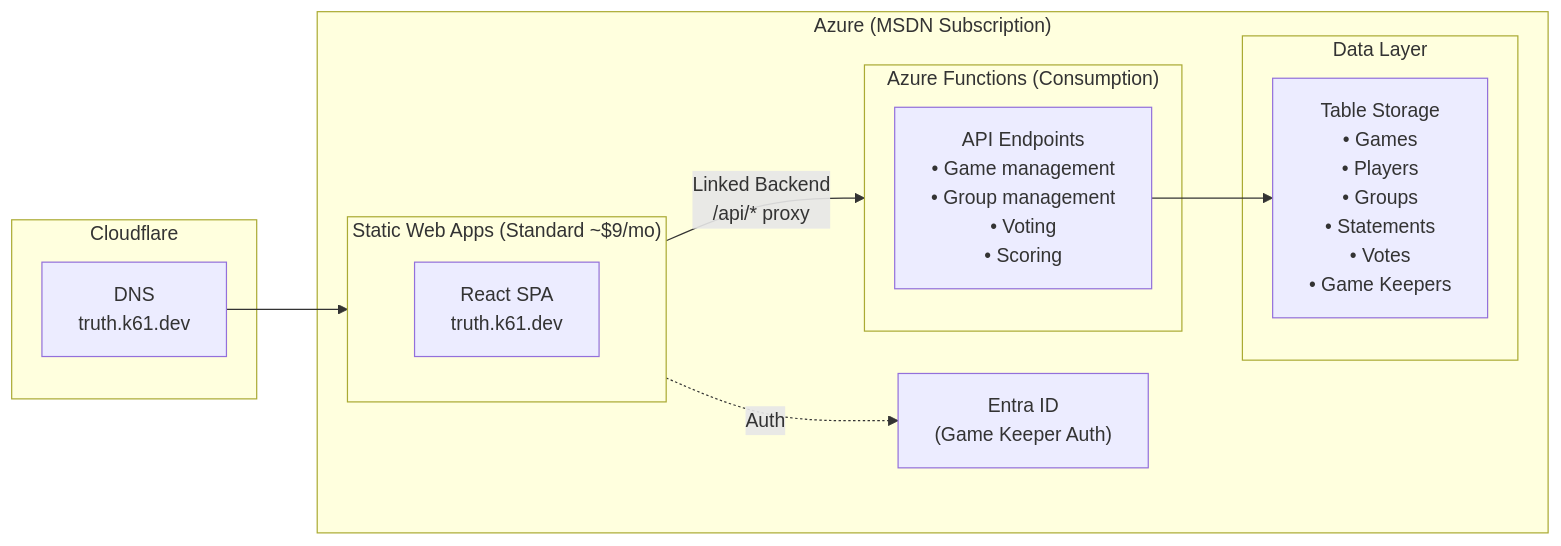
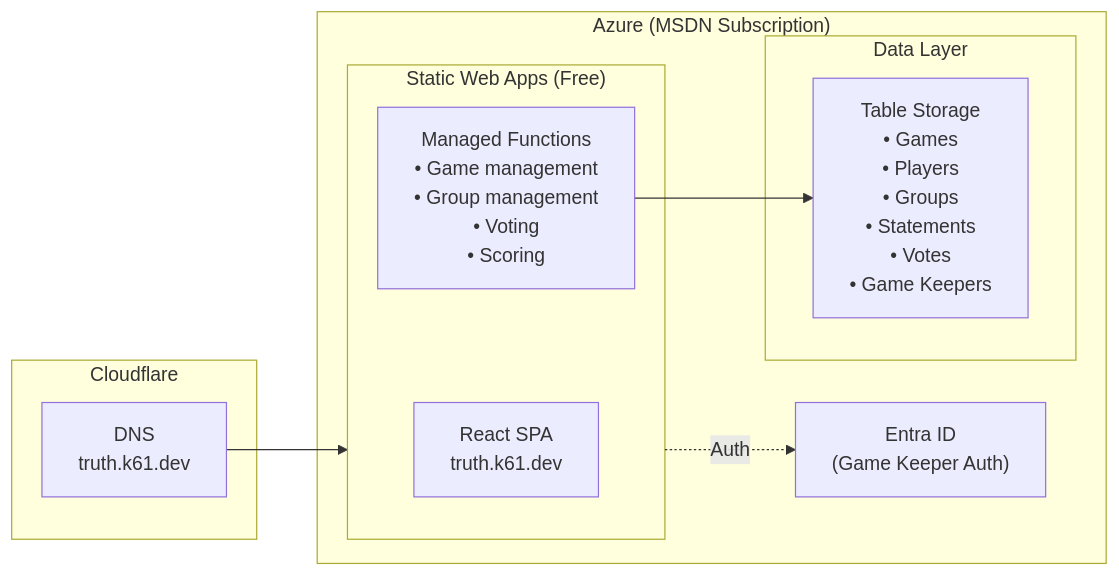
Before and after one commit to kurtzeborn/one-truth: the second of 2 diagrams in docs/plan.md, drawn with Mermaid. The commit also changed other lines of this file and 1 other file, not shown here.

Commit message:
Switch to SWA Free tier with managed functions

````diff
--- a/docs/plan.md
+++ b/docs/plan.md
@@ -107,27 +107,23 @@
 ```mermaid
 flowchart LR
     subgraph Cloudflare
         DNS["DNS<br/>truth.k61.dev"]
     end
 
     subgraph Azure["Azure (MSDN Subscription)"]
-        subgraph SWA["Static Web Apps (Standard ~$9/mo)"]
+        subgraph SWA["Static Web Apps (Free)"]
             PWA["React SPA<br/>truth.k61.dev"]
-        end
-
-        subgraph Functions["Azure Functions (Consumption)"]
-            API["API Endpoints<br/>• Game management<br/>• Group management<br/>• Voting<br/>• Scoring"]
+            API["Managed Functions<br/>• Game management<br/>• Group management<br/>• Voting<br/>• Scoring"]
         end
 
         subgraph Data["Data Layer"]
             Tables["Table Storage<br/>• Games<br/>• Players<br/>• Groups<br/>• Statements<br/>• Votes<br/>• Game Keepers"]
         end
 
         EntraID["Entra ID<br/>(Game Keeper Auth)"]
     end
 
     DNS --> SWA
-    SWA -->|"Linked Backend<br/>/api/* proxy"| Functions
     SWA -.->|"Auth"| EntraID
     API --> Tables
 ```
````
